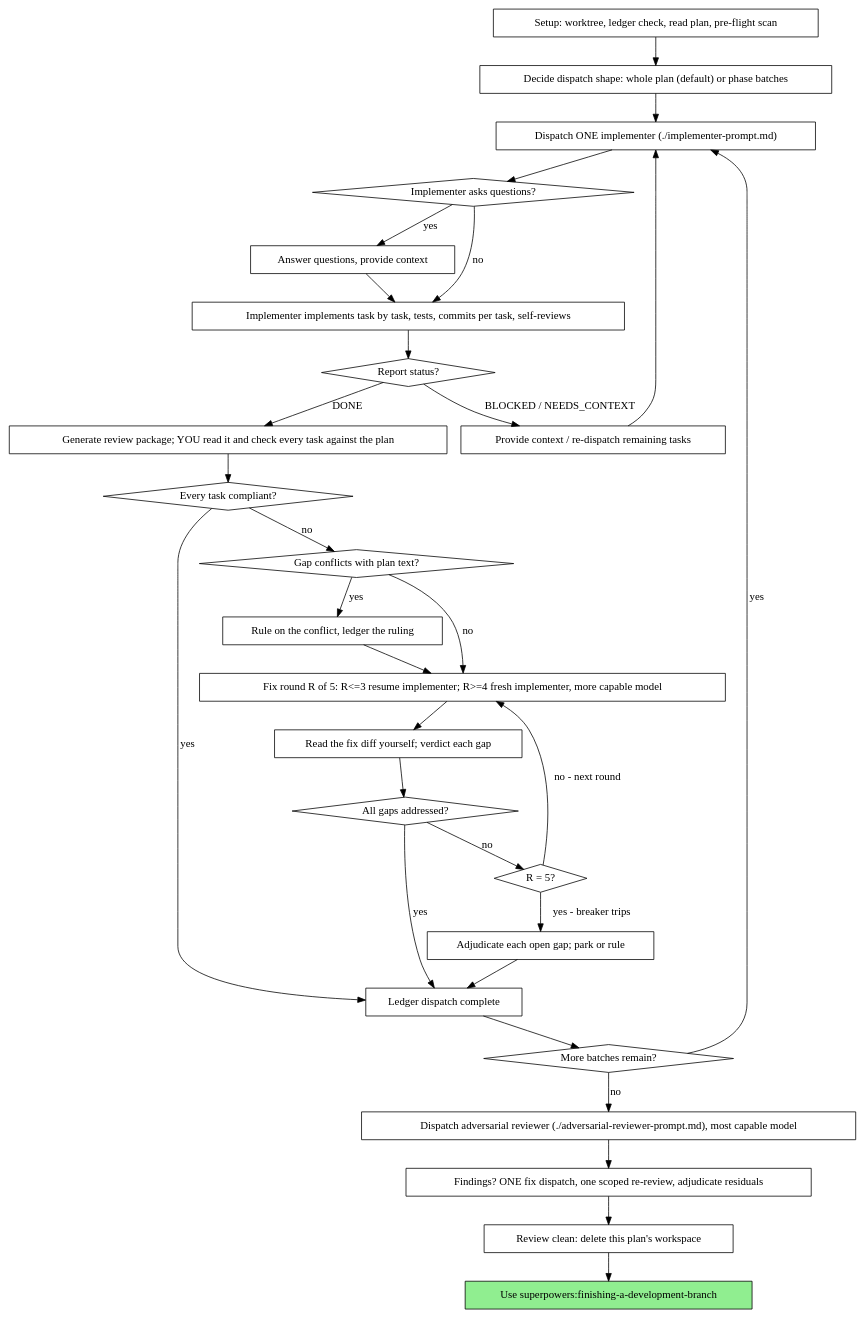
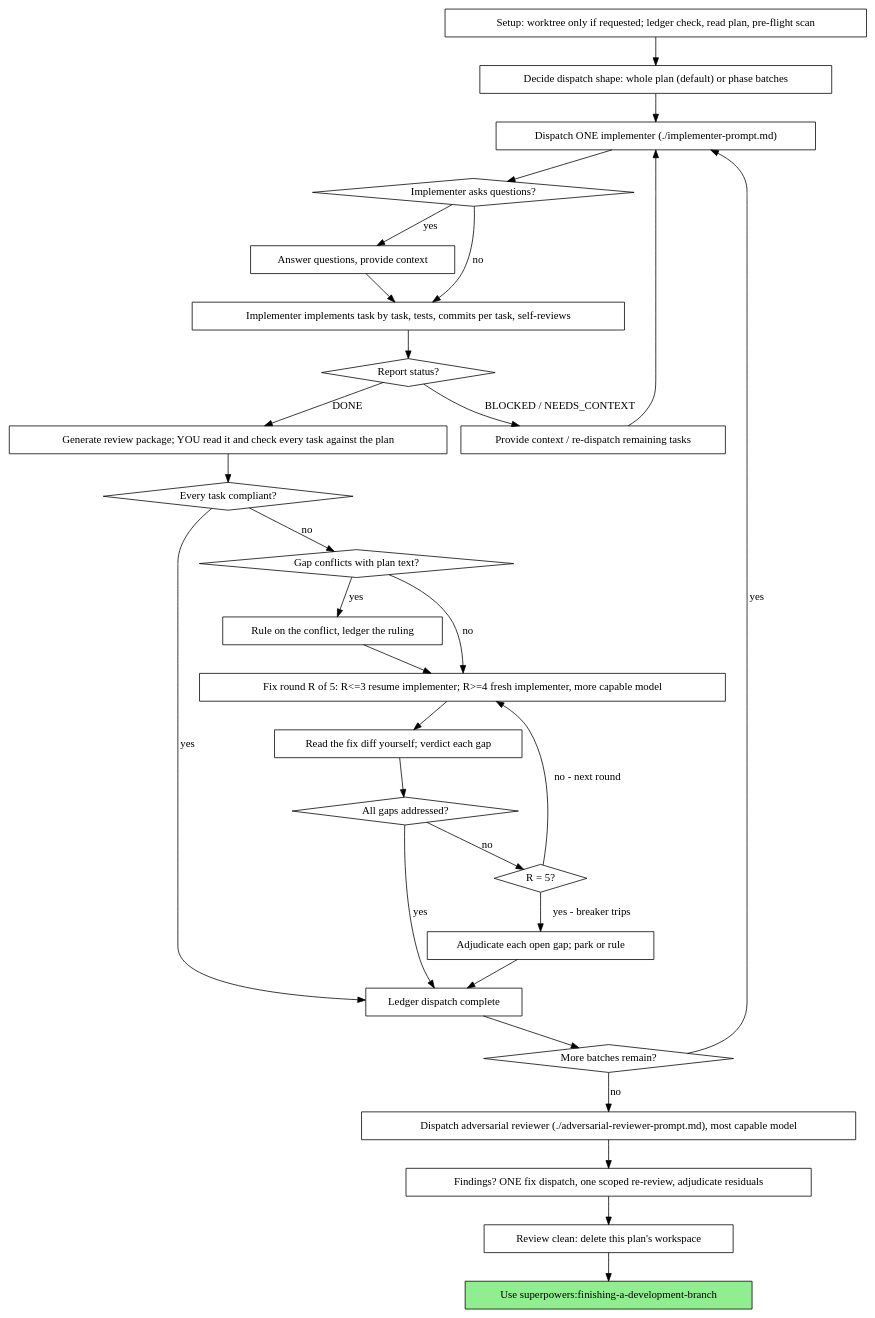
The second of 2 diagrams in skills/subagent-driven-development/SKILL.md (MohammadKanaan/superpowers), drawn with Graphviz before and after one commit. The commit also changed other lines of this file and 5 other files, not shown here.

Commit message:
refactor: make Git worktree usage opt‑in only when explicitly requested

````diff
--- a/skills/subagent-driven-development/SKILL.md
+++ b/skills/subagent-driven-development/SKILL.md
@@ -68,59 +68,59 @@
 ```dot
 digraph process {
     rankdir=TB;
 
-    "Setup: worktree, ledger check, read plan, pre-flight scan" [shape=box];
+    "Setup: worktree only if requested; ledger check, read plan, pre-flight scan" [shape=box];
     "Decide dispatch shape: whole plan (default) or phase batches" [shape=box];
     "Dispatch ONE implementer (./implementer-prompt.md)" [shape=box];
     "Implementer asks questions?" [shape=diamond];
     "Answer questions, provide context" [shape=box];
     "Implementer implements task by task, tests, commits per task, self-reviews" [shape=box];
     "Report status?" [shape=diamond];
     "Provide context / re-dispatch remaining tasks" [shape=box];
     "Generate review package; YOU read it and check every task against the plan" [shape=box];
     "Every task compliant?" [shape=diamond];
     "Gap conflicts with plan text?" [shape=diamond];
     "Rule on the conflict, ledger the ruling" [shape=box];
     "Fix round R of 5: R<=3 resume implementer; R>=4 fresh implementer, more capable model" [shape=box];
     "Read the fix diff yourself; verdict each gap" [shape=box];
     "All gaps addressed?" [shape=diamond];
     "R = 5?" [shape=diamond];
     "Adjudicate each open gap; park or rule" [shape=box];
     "Ledger dispatch complete" [shape=box];
     "More batches remain?" [shape=diamond];
     "Dispatch adversarial reviewer (./adversarial-reviewer-prompt.md), most capable model" [shape=box];
     "Findings? ONE fix dispatch, one scoped re-review, adjudicate residuals" [shape=box];
     "Review clean: delete this plan's workspace" [shape=box];
     "Use superpowers:finishing-a-development-branch" [shape=box style=filled fillcolor=lightgreen];
 
-    "Setup: worktree, ledger check, read plan, pre-flight scan" -> "Decide dispatch shape: whole plan (default) or phase batches";
+    "Setup: worktree only if requested; ledger check, read plan, pre-flight scan" -> "Decide dispatch shape: whole plan (default) or phase batches";
     "Decide dispatch shape: whole plan (default) or phase batches" -> "Dispatch ONE implementer (./implementer-prompt.md)";
     "Dispatch ONE implementer (./implementer-prompt.md)" -> "Implementer asks questions?";
     "Implementer asks questions?" -> "Answer questions, provide context" [label="yes"];
     "Answer questions, provide context" -> "Implementer implements task by task, tests, commits per task, self-reviews";
     "Implementer asks questions?" -> "Implementer implements task by task, tests, commits per task, self-reviews" [label="no"];
     "Implementer implements task by task, tests, commits per task, self-reviews" -> "Report status?";
     "Report status?" -> "Provide context / re-dispatch remaining tasks" [label="BLOCKED / NEEDS_CONTEXT"];
     "Provide context / re-dispatch remaining tasks" -> "Dispatch ONE implementer (./implementer-prompt.md)";
     "Report status?" -> "Generate review package; YOU read it and check every task against the plan" [label="DONE"];
     "Generate review package; YOU read it and check every task against the plan" -> "Every task compliant?";
     "Every task compliant?" -> "Ledger dispatch complete" [label="yes"];
     "Every task compliant?" -> "Gap conflicts with plan text?" [label="no"];
     "Gap conflicts with plan text?" -> "Rule on the conflict, ledger the ruling" [label="yes"];
     "Rule on the conflict, ledger the ruling" -> "Fix round R of 5: R<=3 resume implementer; R>=4 fresh implementer, more capable model";
     "Gap conflicts with plan text?" -> "Fix round R of 5: R<=3 resume implementer; R>=4 fresh implementer, more capable model" [label="no"];
     "Fix round R of 5: R<=3 resume implementer; R>=4 fresh implementer, more capable model" -> "Read the fix diff yourself; verdict each gap";
     "Read the fix diff yourself; verdict each gap" -> "All gaps addressed?";
     "All gaps addressed?" -> "Ledger dispatch complete" [label="yes"];
     "All gaps addressed?" -> "R = 5?" [label="no"];
     "R = 5?" -> "Fix round R of 5: R<=3 resume implementer; R>=4 fresh implementer, more capable model" [label="no - next round"];
     "R = 5?" -> "Adjudicate each open gap; park or rule" [label="yes - breaker trips"];
     "Adjudicate each open gap; park or rule" -> "Ledger dispatch complete";
     "Ledger dispatch complete" -> "More batches remain?";
     "More batches remain?" -> "Dispatch ONE implementer (./implementer-prompt.md)" [label="yes"];
     "More batches remain?" -> "Dispatch adversarial reviewer (./adversarial-reviewer-prompt.md), most capable model" [label="no"];
     "Dispatch adversarial reviewer (./adversarial-reviewer-prompt.md), most capable model" -> "Findings? ONE fix dispatch, one scoped re-review, adjudicate residuals";
     "Findings? ONE fix dispatch, one scoped re-review, adjudicate residuals" -> "Review clean: delete this plan's workspace";
     "Review clean: delete this plan's workspace" -> "Use superpowers:finishing-a-development-branch";
 }
 ```
````
